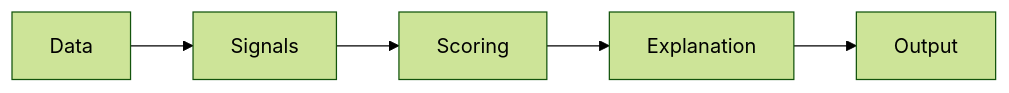
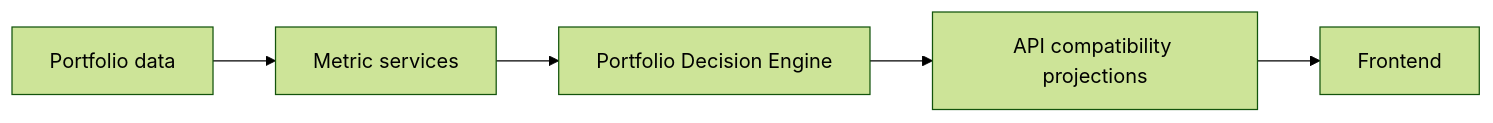
Before and after one commit to aniruddhaad/stock-insights: the diagram in README.md, drawn with Mermaid (forest theme). The commit also changed other lines of this file and 13 other files, not shown here.

````diff
--- a/README.md
+++ b/README.md
@@ -97,7 +132,7 @@
 ```mermaid
 flowchart LR
-  A["Data"] --> B["Signals"]
-  B --> C["Scoring"]
-  C --> D["Explanation"]
-  D --> E["Output"]
+  A["Portfolio data"] --> B["Metric services"]
+  B --> C["Portfolio Decision Engine"]
+  C --> D["API compatibility projections"]
+  D --> E["Frontend"]
 ```
````
